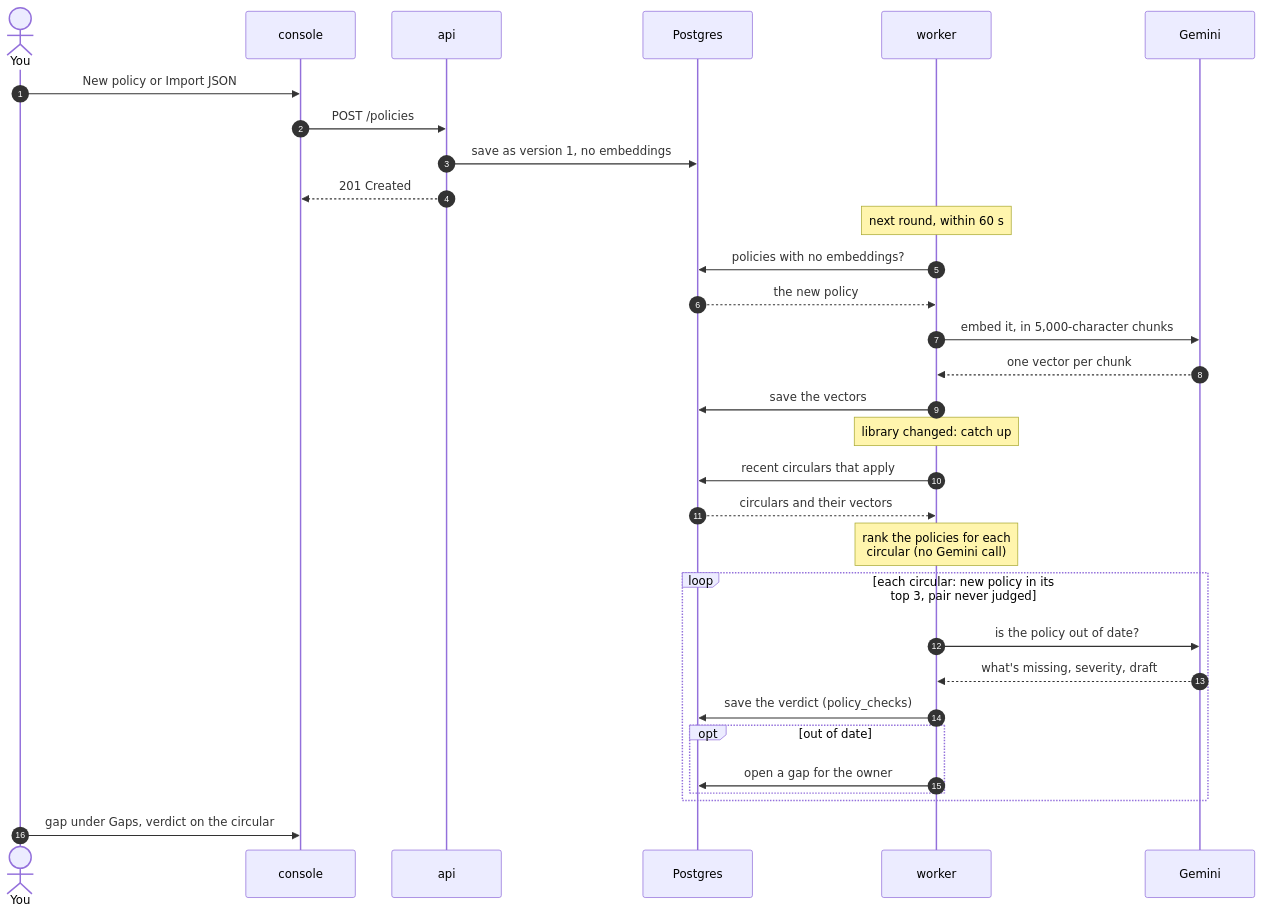
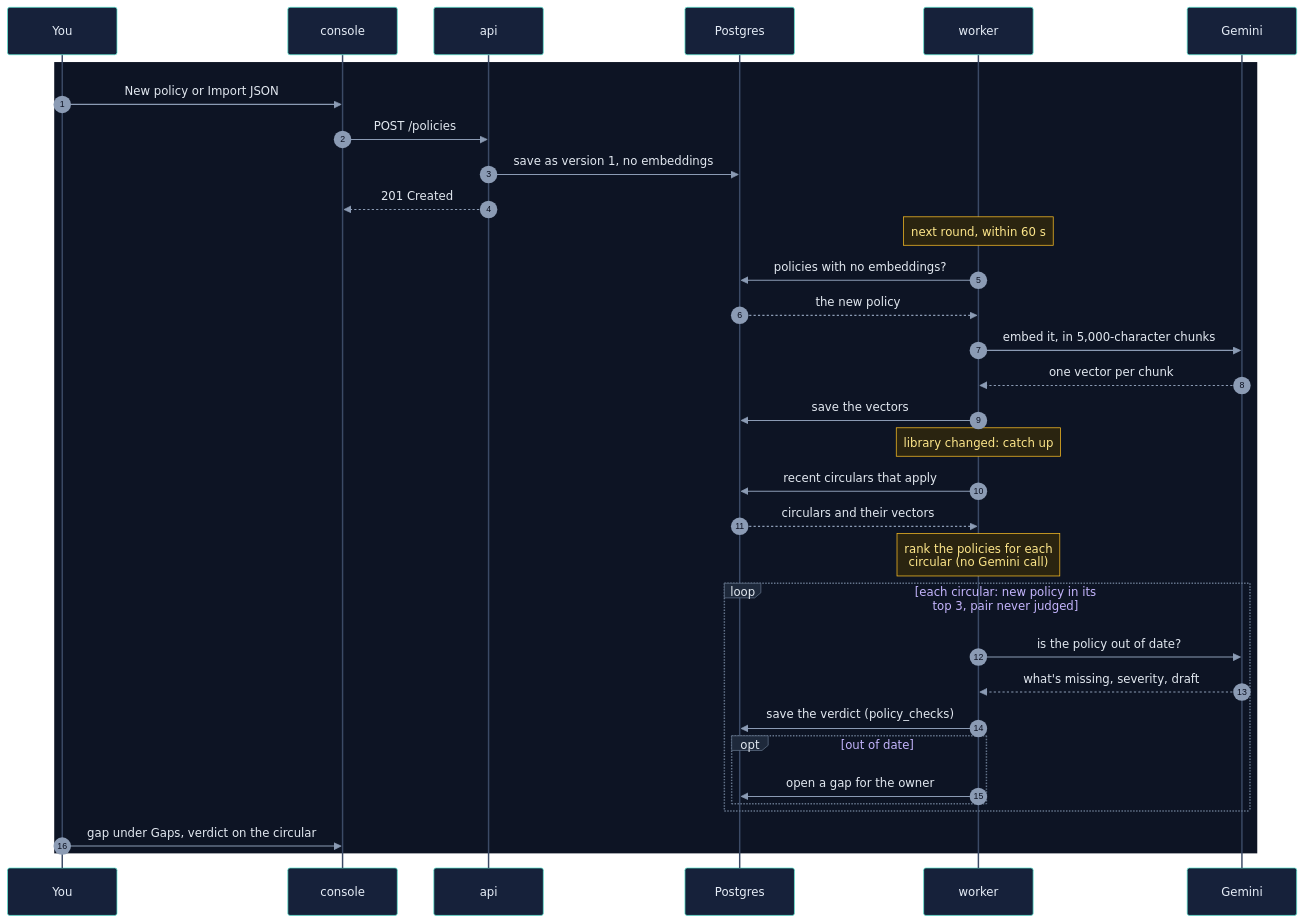
Before and after one commit to selvakumarperumal/Regulatory_Circular_Impact_Agent: the tenth of 21 diagrams in how_it_works.md, drawn with Mermaid. The commit also changed other lines of this file and 1 other file, not shown here.

````diff
--- a/how_it_works.md
+++ b/how_it_works.md
@@ -442,34 +575,37 @@
 ```mermaid
+%%{init: {"theme": "base", "themeVariables": {"darkMode": true, "primaryColor": "#16213a", "primaryTextColor": "#e6edf7", "primaryBorderColor": "#475a7a", "lineColor": "#8b9bb4", "secondaryColor": "#1b2436", "tertiaryColor": "#101a2e", "edgeLabelBackground": "#0f172a", "textColor": "#e2e8f0", "actorBkg": "#16213a", "actorBorder": "#5eead4", "actorTextColor": "#e6edf7", "actorLineColor": "#3b4a66", "signalColor": "#8b9bb4", "signalTextColor": "#e2e8f0", "noteBkgColor": "#2a2410", "noteBorderColor": "#fbbf24", "noteTextColor": "#fde68a", "labelBoxBkgColor": "#1e293b", "labelBoxBorderColor": "#64748b", "labelTextColor": "#e2e8f0", "loopTextColor": "#c4b5fd", "sequenceNumberColor": "#0b1020", "activationBkgColor": "#1e293b"}}}%%
 sequenceDiagram
     autonumber
-    actor U as You
+    participant U as You
     participant F as console
     participant A as api
     participant DB as Postgres
     participant K as worker
     participant G as Gemini
 
-    U->>F: New policy or Import JSON
-    F->>A: POST /policies
-    A->>DB: save as version 1, no embeddings
-    A-->>F: 201 Created
-    Note over K: next round, within 60 s
-    K->>DB: policies with no embeddings?
-    DB-->>K: the new policy
-    K->>G: embed it, in 5,000-character chunks
-    G-->>K: one vector per chunk
-    K->>DB: save the vectors
-    Note over K: library changed: catch up
-    K->>DB: recent circulars that apply
-    DB-->>K: circulars and their vectors
-    Note over K: rank the policies for each<br/>circular (no Gemini call)
-    loop each circular: new policy in its top 3, pair never judged
-        K->>G: is the policy out of date?
-        G-->>K: what's missing, severity, draft
-        K->>DB: save the verdict (policy_checks)
-        opt out of date
-            K->>DB: open a gap for the owner
+    rect rgb(13, 20, 36)
+        U->>F: New policy or Import JSON
+        F->>A: POST /policies
+        A->>DB: save as version 1, no embeddings
+        A-->>F: 201 Created
+        Note over K: next round, within 60 s
+        K->>DB: policies with no embeddings?
+        DB-->>K: the new policy
+        K->>G: embed it, in 5,000-character chunks
+        G-->>K: one vector per chunk
+        K->>DB: save the vectors
+        Note over K: library changed: catch up
+        K->>DB: recent circulars that apply
+        DB-->>K: circulars and their vectors
+        Note over K: rank the policies for each<br/>circular (no Gemini call)
+        loop each circular: new policy in its top 3, pair never judged
+            K->>G: is the policy out of date?
+            G-->>K: what's missing, severity, draft
+            K->>DB: save the verdict (policy_checks)
+            opt out of date
+                K->>DB: open a gap for the owner
+            end
         end
+        U->>F: gap under Gaps, verdict on the circular
     end
-    U->>F: gap under Gaps, verdict on the circular
 ```
````
